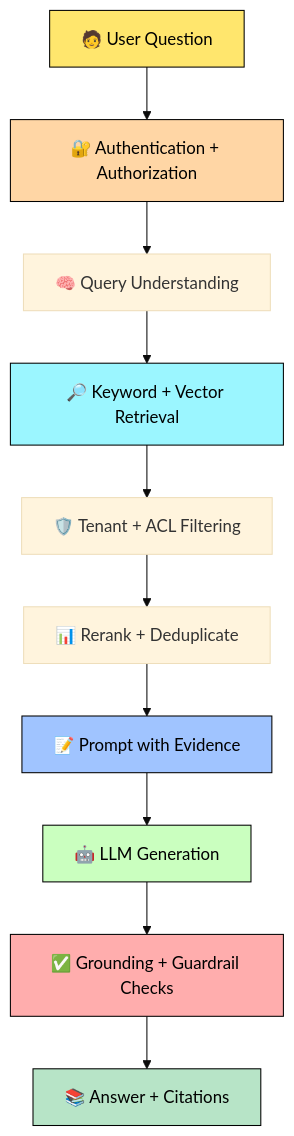
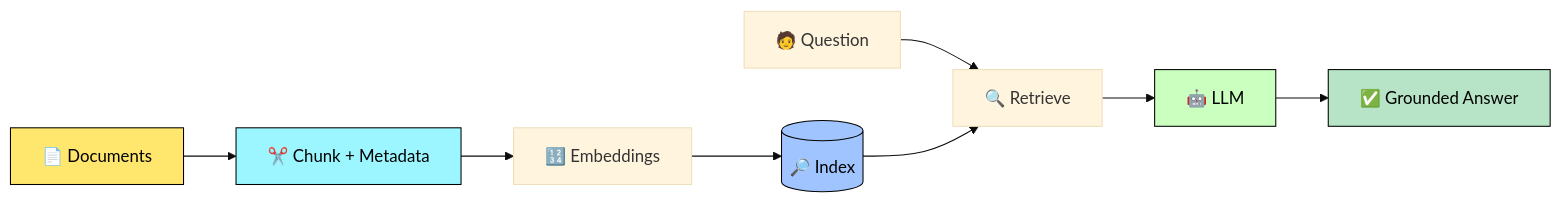
The first of 3 diagrams in 05-GenAI-RAG-Interview-QA.md (azam123/Engineering-Interview-Prep), drawn with Mermaid (base theme) before and after one commit. The commit also changed other lines of this file, not shown here.

Commit message:
Add colorful question and answer formatting to GenAI RAG guide

````diff
--- a/05-GenAI-RAG-Interview-QA.md
+++ b/05-GenAI-RAG-Interview-QA.md
@@ -62,20 +36,16 @@
 ```mermaid
-flowchart TD
-    A[🧑 User Question] --> B[🔐 Authentication + Authorization]
-    B --> C[🧠 Query Understanding]
-    C --> D[🔎 Keyword + Vector Retrieval]
-    D --> E[🛡️ Tenant + ACL Filtering]
-    E --> F[📊 Rerank + Deduplicate]
-    F --> G[📝 Prompt with Evidence]
-    G --> H[🤖 LLM Generation]
-    H --> I[✅ Grounding + Guardrail Checks]
-    I --> J[📚 Answer + Citations]
+flowchart LR
+    A[📄 Documents] --> B[✂️ Chunk + Metadata]
+    B --> C[🔢 Embeddings]
+    C --> D[(🔎 Index)]
+    E[🧑 Question] --> F[🔍 Retrieve]
+    D --> F
+    F --> G[🤖 LLM]
+    G --> H[✅ Grounded Answer]
 
     style A fill:#ffe66d,color:#000,stroke:#000
-    style B fill:#ffd6a5,color:#000,stroke:#000
-    style D fill:#9bf6ff,color:#000,stroke:#000
-    style G fill:#a0c4ff,color:#000,stroke:#000
-    style H fill:#caffbf,color:#000,stroke:#000
-    style I fill:#ffadad,color:#000,stroke:#000
-    style J fill:#b7e4c7,color:#000,stroke:#000
+    style B fill:#9bf6ff,color:#000,stroke:#000
+    style D fill:#a0c4ff,color:#000,stroke:#000
+    style G fill:#caffbf,color:#000,stroke:#000
+    style H fill:#b7e4c7,color:#000,stroke:#000
 ```
````
